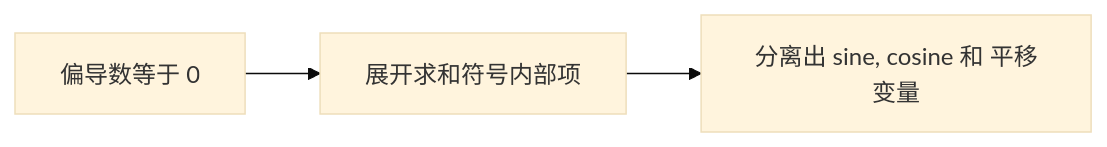
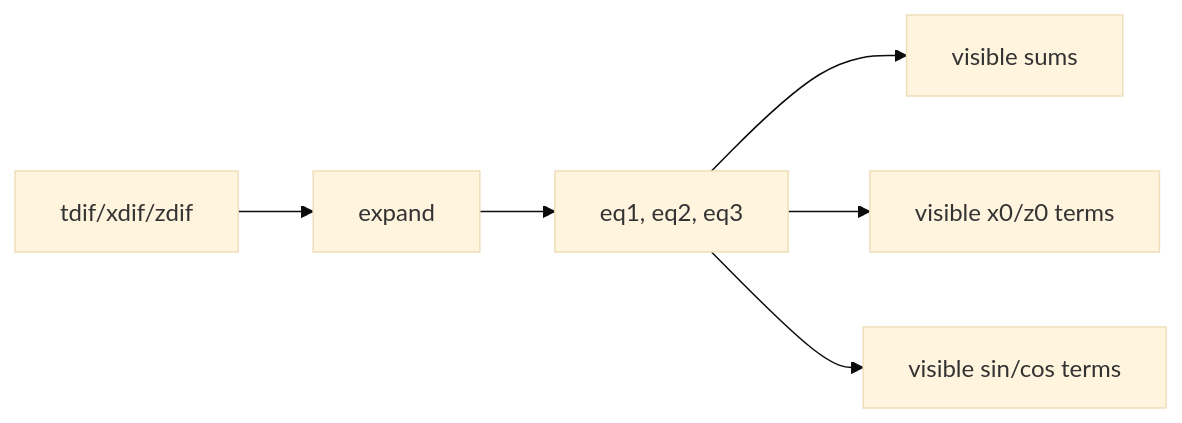
Before and after one commit to EvihGraphics/AnimationTech-HTC: the tenth of 13 diagrams in docs/blog/Theory/motiongraph_pointcloud_derivation/README.md, drawn with Mermaid (base theme). The commit also changed other lines of this file and 6 other files, not shown here.

````diff
--- a/docs/blog/Theory/motiongraph_pointcloud_derivation/README.md
+++ b/docs/blog/Theory/motiongraph_pointcloud_derivation/README.md
@@ -127,5 +266,8 @@
 ```mermaid
 flowchart LR
-    A[偏导数等于 0] --> B[展开求和符号内部项]
-    B --> C[分离出 sine, cosine 和 平移变量]
+    A[tdif/xdif/zdif] --> B[expand]
+    B --> C[eq1, eq2, eq3]
+    C --> D[visible sums]
+    C --> E[visible x0/z0 terms]
+    C --> F[visible sin/cos terms]
 ```
````
